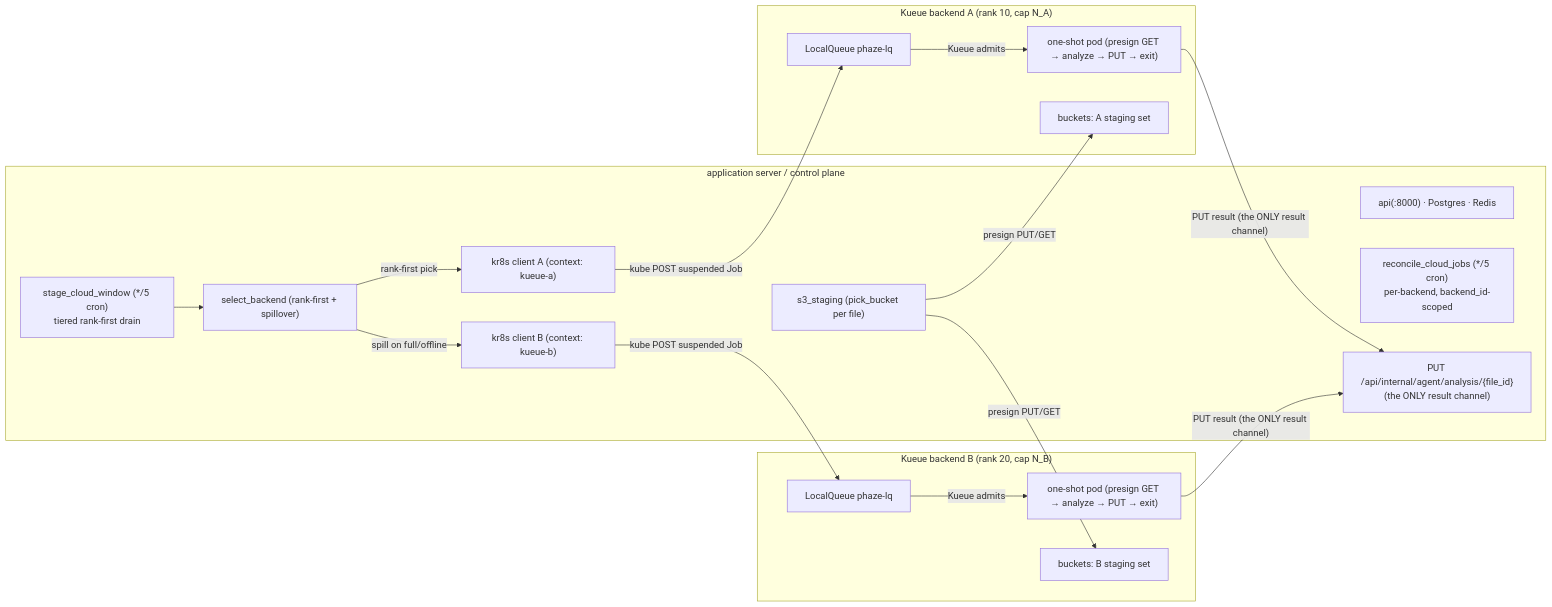
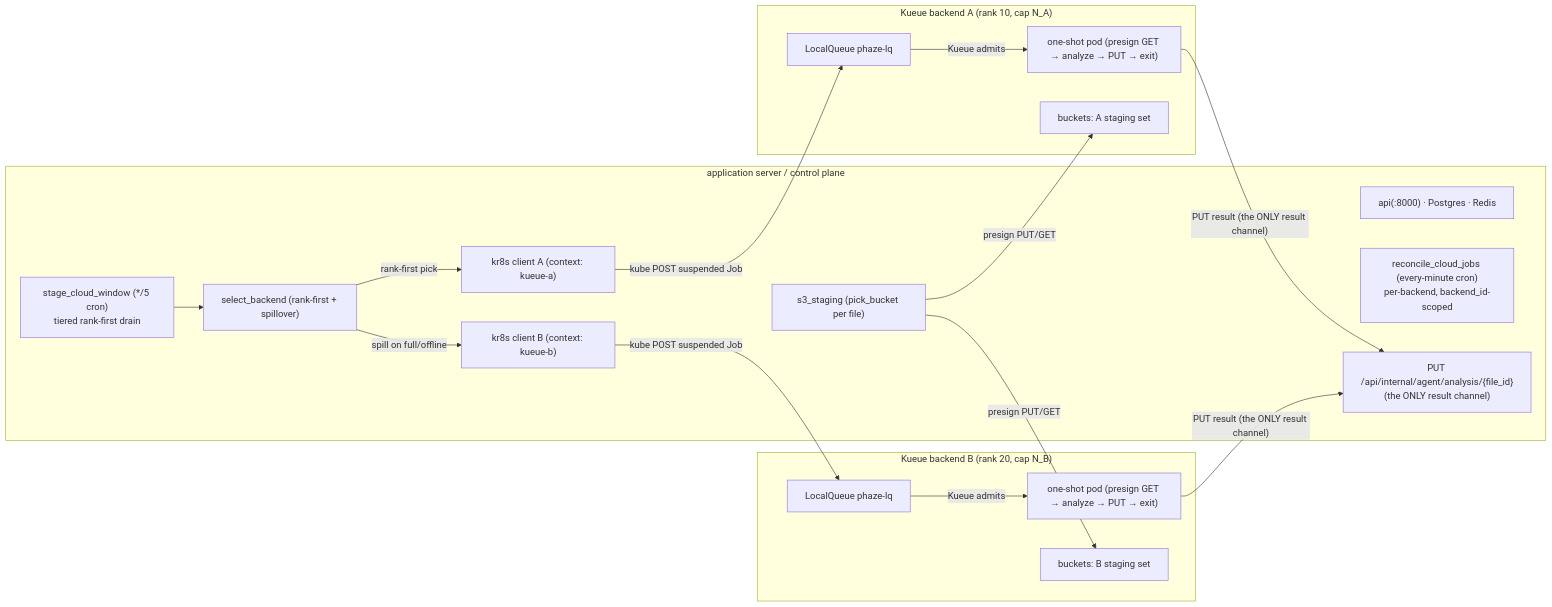
The first of 2 diagrams in docs/k8s-burst.md (SimplicityGuy/phaze), drawn with Mermaid before and after one commit. The commit also changed 13 other files, not shown here.

Commit message:
fix(kueue): refresh running state every minute

````diff
--- a/docs/k8s-burst.md
+++ b/docs/k8s-burst.md
@@ -57,35 +57,35 @@
 ```mermaid
 flowchart LR
   %% transport-agnostic mesh (Tailscale OR WireGuard)
   subgraph lux["application server / control plane"]
     luxsvc["api(:8000) · Postgres · Redis"]
     drain["stage_cloud_window (*/5 cron)<br/>tiered rank-first drain"]
     selbk["select_backend (rank-first + spillover)"]
     s3_staging["s3_staging (pick_bucket per file)"]
-    reconcile["reconcile_cloud_jobs (*/5 cron)<br/>per-backend, backend_id-scoped"]
+    reconcile["reconcile_cloud_jobs (every-minute cron)<br/>per-backend, backend_id-scoped"]
     kc_a["kr8s client A (context: kueue-a)"]
     kc_b["kr8s client B (context: kueue-b)"]
     callback["PUT /api/internal/agent/analysis/{file_id}<br/>(the ONLY result channel)"]
   end
   subgraph clusterA["Kueue backend A (rank 10, cap N_A)"]
     lqA["LocalQueue phaze-lq"]
     podA["one-shot pod (presign GET → analyze → PUT → exit)"]
     bktA["buckets: A staging set"]
   end
   subgraph clusterB["Kueue backend B (rank 20, cap N_B)"]
     lqB["LocalQueue phaze-lq"]
     podB["one-shot pod (presign GET → analyze → PUT → exit)"]
     bktB["buckets: B staging set"]
   end
   drain --> selbk
   selbk -->|"rank-first pick"| kc_a
   selbk -->|"spill on full/offline"| kc_b
   kc_a -->|"kube POST suspended Job"| lqA
   kc_b -->|"kube POST suspended Job"| lqB
   s3_staging -->|"presign PUT/GET"| bktA
   s3_staging -->|"presign PUT/GET"| bktB
   lqA -->|"Kueue admits"| podA
   lqB -->|"Kueue admits"| podB
   podA -->|"PUT result (the ONLY result channel)"| callback
   podB -->|"PUT result (the ONLY result channel)"| callback
 ```
````
